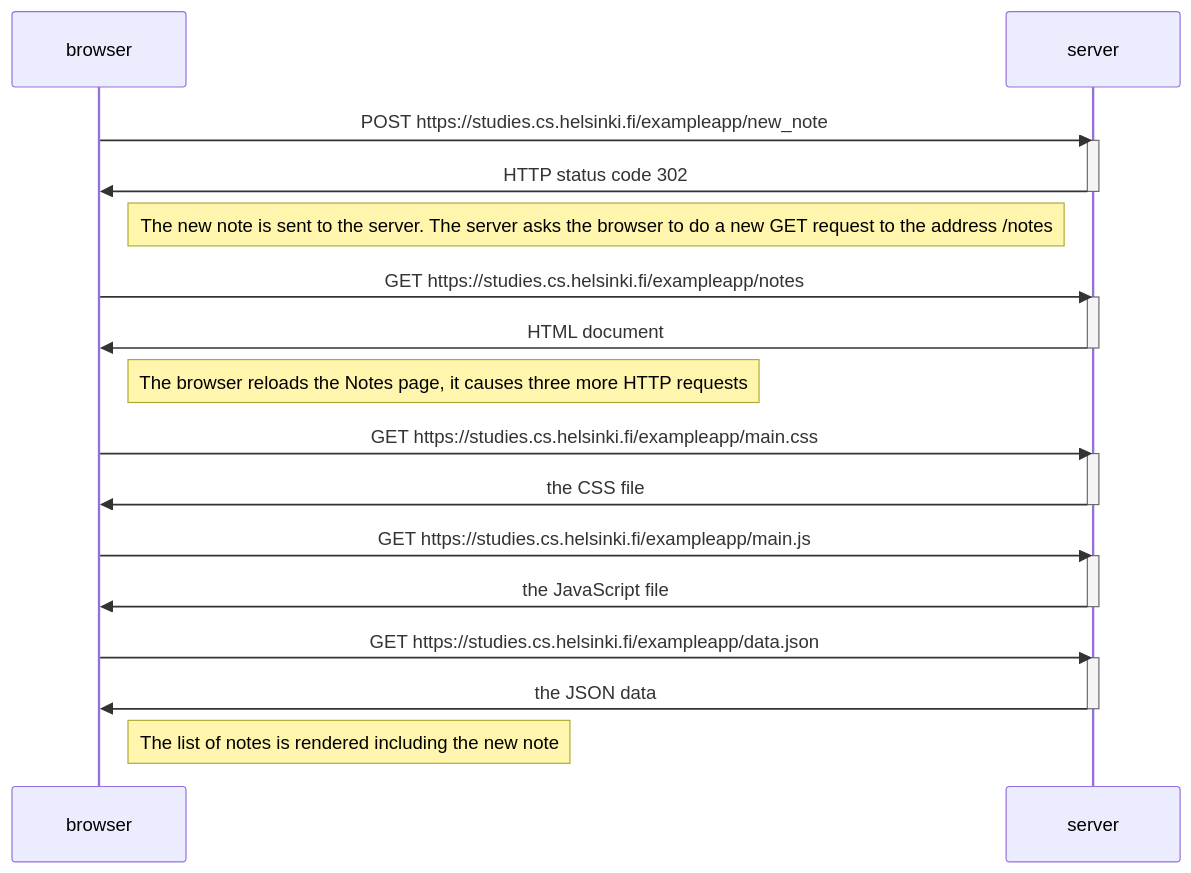
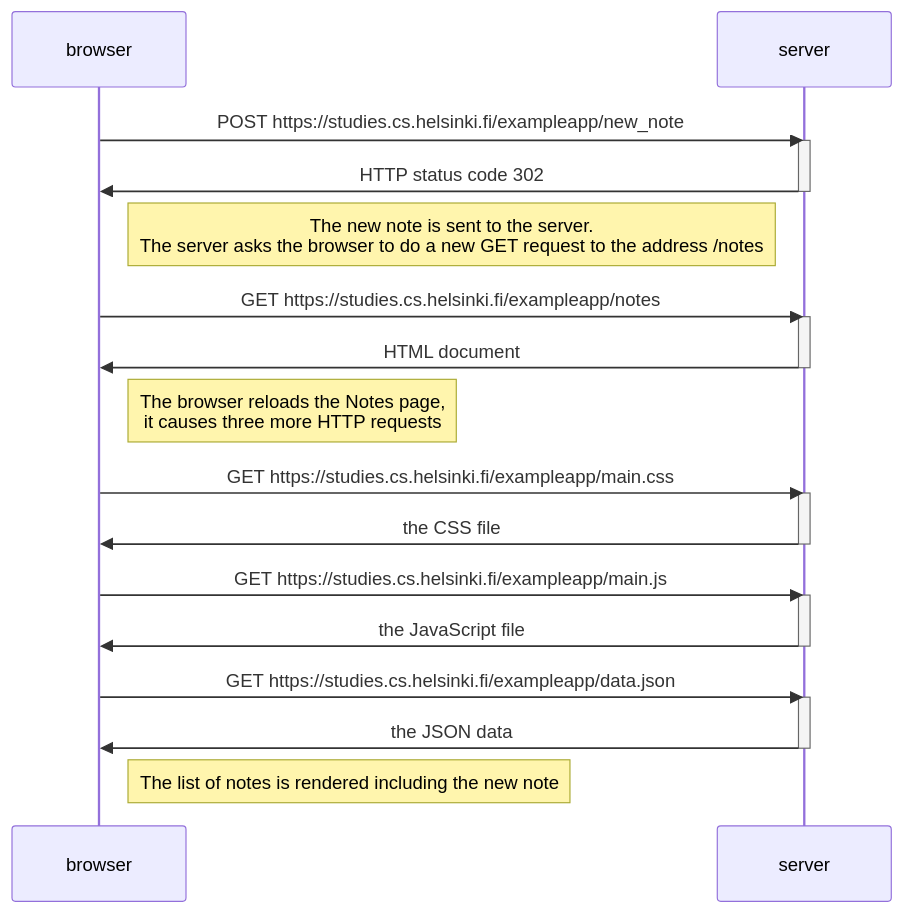
One commit to relhfox/fullstackopen changed the diagram in part0/exercises/ex0_4.md. Above: the diagram before and after it, drawn with Mermaid.

Commit message:
exercise 0_4 update

````diff
--- a/part0/exercises/ex0_4.md
+++ b/part0/exercises/ex0_4.md
@@ -1,38 +1,38 @@
 ```mermaid
 
 sequenceDiagram
     participant browser
     participant server
 
     browser->>server: POST https://studies.cs.helsinki.fi/exampleapp/new_note
     activate server
     server->>browser: HTTP status code 302
     deactivate server
 
-    Note right of browser: The new note is sent to the server. The server asks the browser to do a new GET request to the address /notes
+    Note right of browser: The new note is sent to the server. <br> The server asks the browser to do a new GET request to the address /notes
 
     browser->>server: GET https://studies.cs.helsinki.fi/exampleapp/notes
     activate server
     server->>browser: HTML document
     deactivate server
 
-    Note right of browser: The browser reloads the Notes page, it causes three more HTTP requests
+    Note right of browser: The browser reloads the Notes page, <br> it causes three more HTTP requests
 
     browser->>server: GET https://studies.cs.helsinki.fi/exampleapp/main.css
     activate server
     server->>browser: the CSS file
     deactivate server
 
     browser->>server: GET https://studies.cs.helsinki.fi/exampleapp/main.js
     activate server
     server->>browser: the JavaScript file
     deactivate server
 
     browser->>server: GET https://studies.cs.helsinki.fi/exampleapp/data.json
     activate server
     server->>browser: the JSON data
     deactivate server
 
     Note right of browser: The list of notes is rendered including the new note
 
 ```
````
